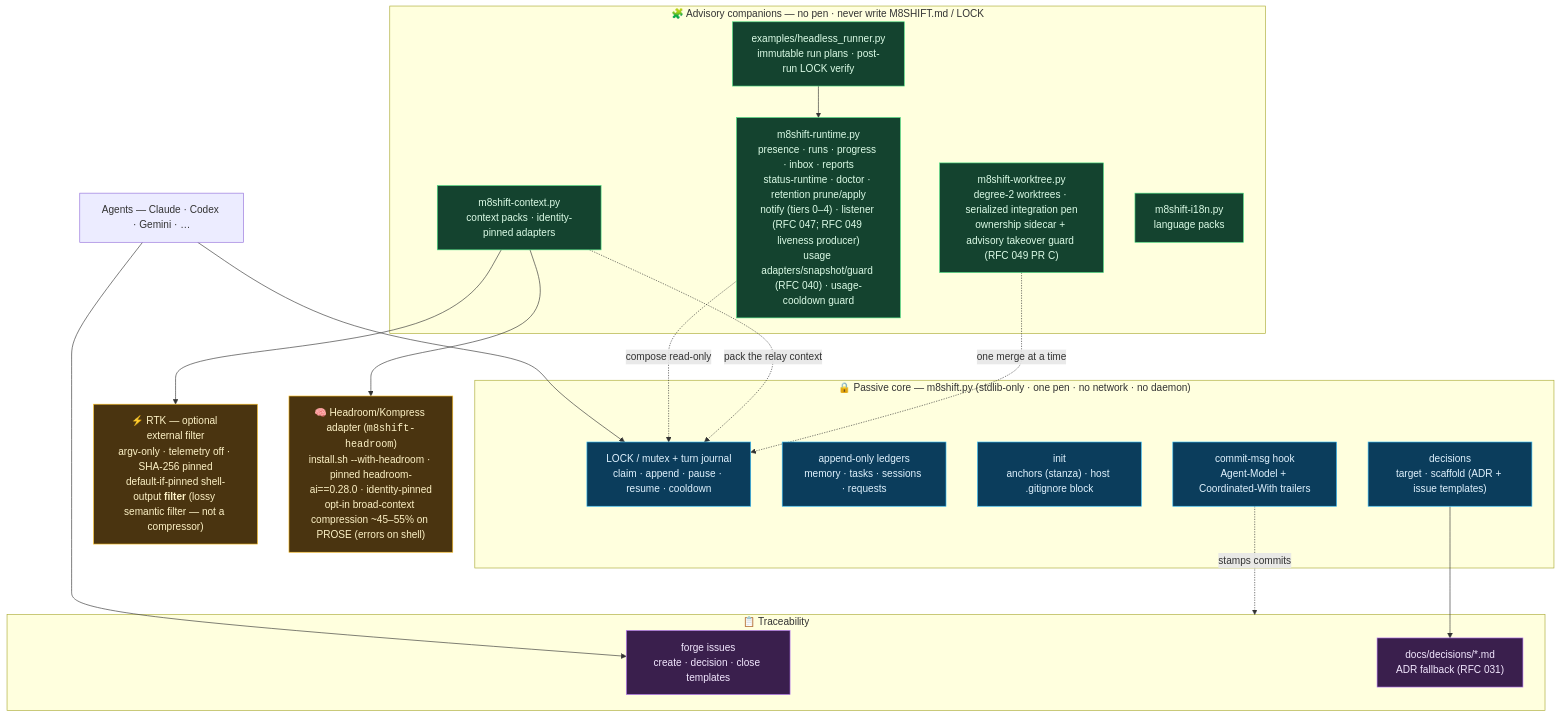
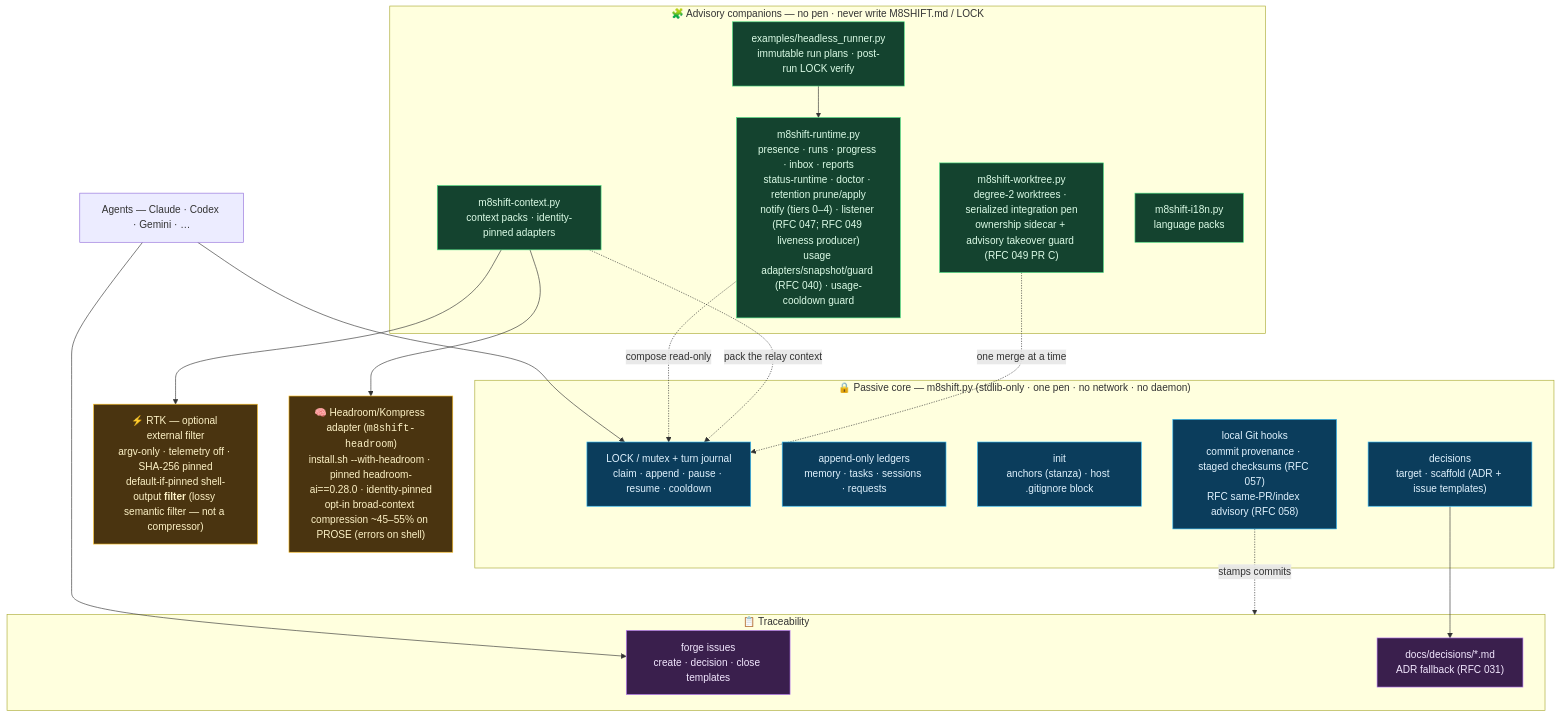
One commit to M8Shift/M8Shift changed the fifth of 8 diagrams in docs/en/architecture.md. Above: the diagram before and after it, drawn with Mermaid. The commit also changed other lines of this file and 12 other files, not shown here.

````diff
--- a/docs/en/architecture.md
+++ b/docs/en/architecture.md
@@ -193,48 +196,48 @@
 ```mermaid
 flowchart TB
     classDef core fill:#0b3d5c,stroke:#38bdf8,color:#e0f2fe;
     classDef companion fill:#14432f,stroke:#4ade80,color:#dcfce7;
     classDef external fill:#4a3410,stroke:#fbbf24,color:#fef3c7;
     classDef forge fill:#3a1f4d,stroke:#c084fc,color:#f3e8ff;
 
     AG["Agents — Claude · Codex · Gemini · …"]
 
     subgraph CORE["🔒 Passive core — m8shift.py (stdlib-only · one pen · no network · no daemon)"]
         LOCK["LOCK / mutex + turn journal<br/>claim · append · pause · resume · cooldown"]
         LEDG["append-only ledgers<br/>memory · tasks · sessions · requests"]
         INIT["init<br/>anchors (stanza) · host .gitignore block"]
         DEC["decisions<br/>target · scaffold (ADR + issue templates)"]
-        HOOK["commit-msg hook<br/>Agent-Model + Coordinated-With trailers"]
+        HOOK["local Git hooks<br/>commit provenance · staged checksums (RFC 057)<br/>RFC same-PR/index advisory (RFC 058)"]
     end
     class LOCK,LEDG,INIT,DEC,HOOK core
 
     subgraph COMP["🧩 Advisory companions — no pen · never write M8SHIFT.md / LOCK"]
         RT["m8shift-runtime.py<br/>presence · runs · progress · inbox · reports<br/>status-runtime · doctor · retention prune/apply<br/>notify (tiers 0–4) · listener (RFC 047; RFC 049 liveness producer)<br/>usage adapters/snapshot/guard (RFC 040) · usage-cooldown guard"]
         CX["m8shift-context.py<br/>context packs · identity-pinned adapters"]
         WT["m8shift-worktree.py<br/>degree-2 worktrees · serialized integration pen<br/>ownership sidecar + advisory takeover guard (RFC 049 PR C)"]
         I18["m8shift-i18n.py<br/>language packs"]
         HR["examples/headless_runner.py<br/>immutable run plans · post-run LOCK verify"]
     end
     class RT,CX,WT,I18,HR companion
 
     RTK["⚡ RTK — optional external filter<br/>argv-only · telemetry off · SHA-256 pinned<br/>default-if-pinned shell-output <b>filter</b> (lossy semantic filter — not a compressor)"]
     HD["🧠 Headroom/Kompress adapter (<code>m8shift-headroom</code>)<br/>install.sh --with-headroom · pinned headroom-ai==0.28.0 · identity-pinned<br/>opt-in broad-context compression ~45–55% on PROSE (errors on shell)"]
     class RTK,HD external
 
     subgraph TRACE["📋 Traceability"]
         ISS["forge issues<br/>create · decision · close templates"]
         ADR["docs/decisions/*.md<br/>ADR fallback (RFC 031)"]
     end
     class ISS,ADR forge
 
     AG --> LOCK
     AG --> ISS
     RT -. "compose read-only" .-> LOCK
     CX -. "pack the relay context" .-> LOCK
     CX --> RTK
     CX --> HD
     WT -. "one merge at a time" .-> LOCK
     HR --> RT
     DEC --> ADR
     HOOK -. "stamps commits" .-> TRACE
 ```
````
